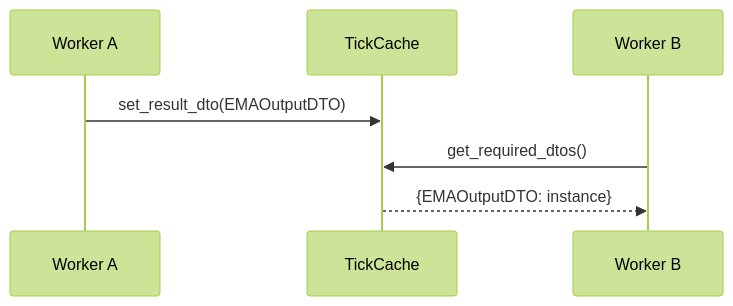
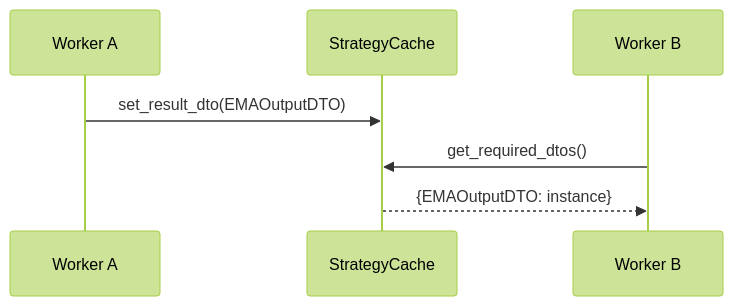
Before and after one commit to MikeyVK/S1mpleTraderV3: the first of 2 diagrams in docs/architecture/POINT_IN_TIME_MODEL.md, drawn with Mermaid (forest theme). The commit also changed other lines of this file and 4 other files, not shown here.

````diff
--- a/docs/architecture/POINT_IN_TIME_MODEL.md
+++ b/docs/architecture/POINT_IN_TIME_MODEL.md
@@ -106,10 +111,10 @@
 ```mermaid
 sequenceDiagram
     participant WA as Worker A
-    participant TC as TickCache
+    participant SC as StrategyCache
     participant WB as Worker B
     
-    WA->>TC: set_result_dto(EMAOutputDTO)
-    WB->>TC: get_required_dtos()
-    TC-->>WB: {EMAOutputDTO: instance}
+    WA->>SC: set_result_dto(EMAOutputDTO)
+    WB->>SC: get_required_dtos()
+    SC-->>WB: {EMAOutputDTO: instance}
 ```
````
